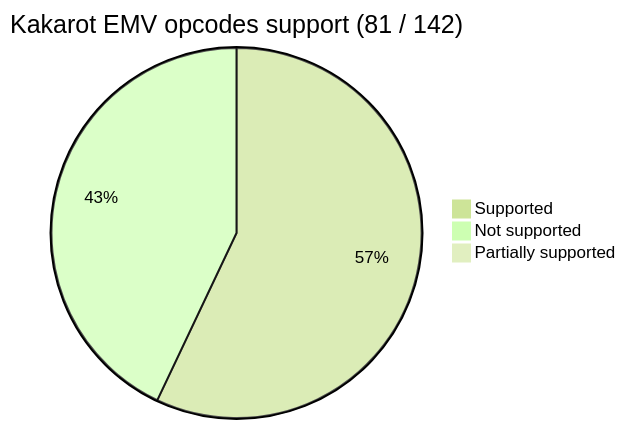
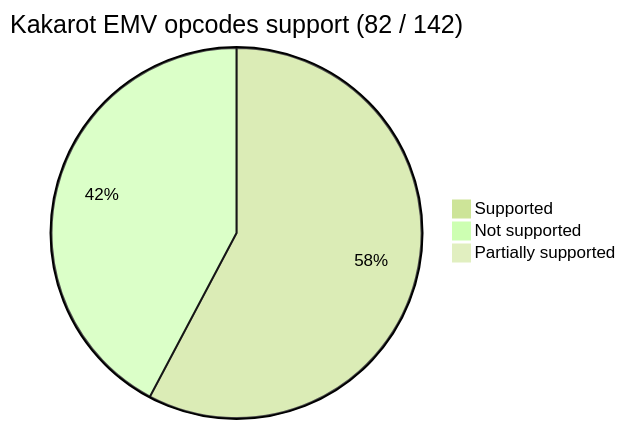
One commit to kkrt-labs/kakarot changed the first of 2 diagrams in README.md. Above: the diagram before and after it, drawn with Mermaid. The commit also changed 6 other files, not shown here.

````diff
--- a/README.md
+++ b/README.md
@@ -39,7 +39,7 @@
 ```mermaid
 %%{init: {'theme': 'forest', 'themeVariables': { 'darkMode': 'false'}}}%%
-pie title Kakarot EMV opcodes support (81 / 142)
-    "Supported" : 81
-    "Not supported" : 61
+pie title Kakarot EMV opcodes support (82 / 142)
+    "Supported" : 82
+    "Not supported" : 60
     "Partially supported" : 0
 ```
````
